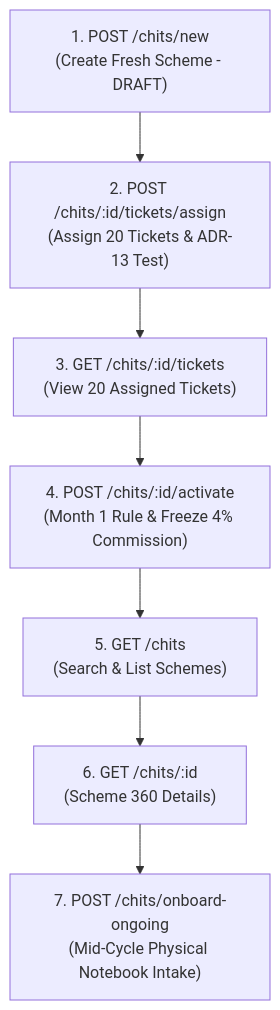
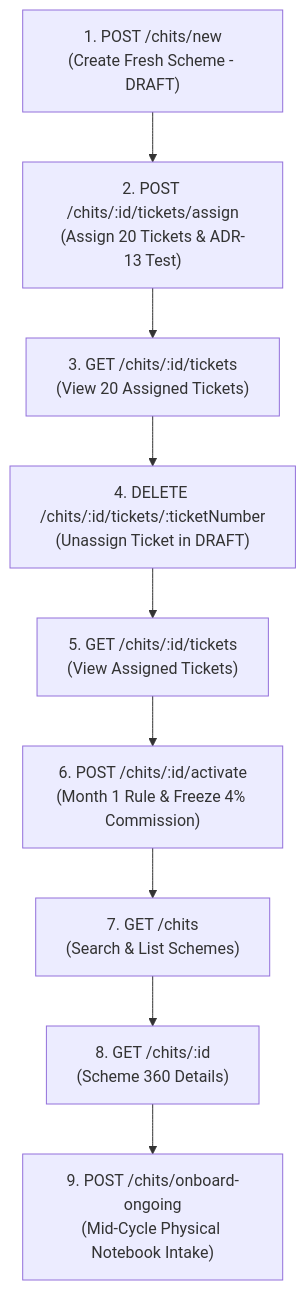
Before and after one commit to Kathir-24/Kumaran-finance: the diagram in apps/api/scripts/docs/lifecycle/lifecycle-3-live-execution-proof-report.md, drawn with Mermaid. The commit also changed other lines of this file and 11 other files, not shown here.

Commit message:
feat(lifecycle): verify 10 Category A endpoints across lifecycles with live execution proofs and sync architecture specs

````diff
--- a/apps/api/scripts/docs/lifecycle/lifecycle-3-live-execution-proof-report.md
+++ b/apps/api/scripts/docs/lifecycle/lifecycle-3-live-execution-proof-report.md
@@ -16,9 +16,11 @@
 ```mermaid
 flowchart TD
     A["1. POST /chits/new\n(Create Fresh Scheme - DRAFT)"] --> B["2. POST /chits/:id/tickets/assign\n(Assign 20 Tickets & ADR-13 Test)"]
     B --> C["3. GET /chits/:id/tickets\n(View 20 Assigned Tickets)"]
-    C --> D["4. POST /chits/:id/activate\n(Month 1 Rule & Freeze 4% Commission)"]
-    D --> E["5. GET /chits\n(Search & List Schemes)"]
-    E --> F["6. GET /chits/:id\n(Scheme 360 Details)"]
-    F --> G["7. POST /chits/onboard-ongoing\n(Mid-Cycle Physical Notebook Intake)"]
+    C --> D["4. DELETE /chits/:id/tickets/:ticketNumber\n(Unassign Ticket in DRAFT)"]
+    D --> E["5. GET /chits/:id/tickets\n(View Assigned Tickets)"]
+    E --> F["6. POST /chits/:id/activate\n(Month 1 Rule & Freeze 4% Commission)"]
+    F --> G["7. GET /chits\n(Search & List Schemes)"]
+    G --> H["8. GET /chits/:id\n(Scheme 360 Details)"]
+    H --> I["9. POST /chits/onboard-ongoing\n(Mid-Cycle Physical Notebook Intake)"]
 ```
````
